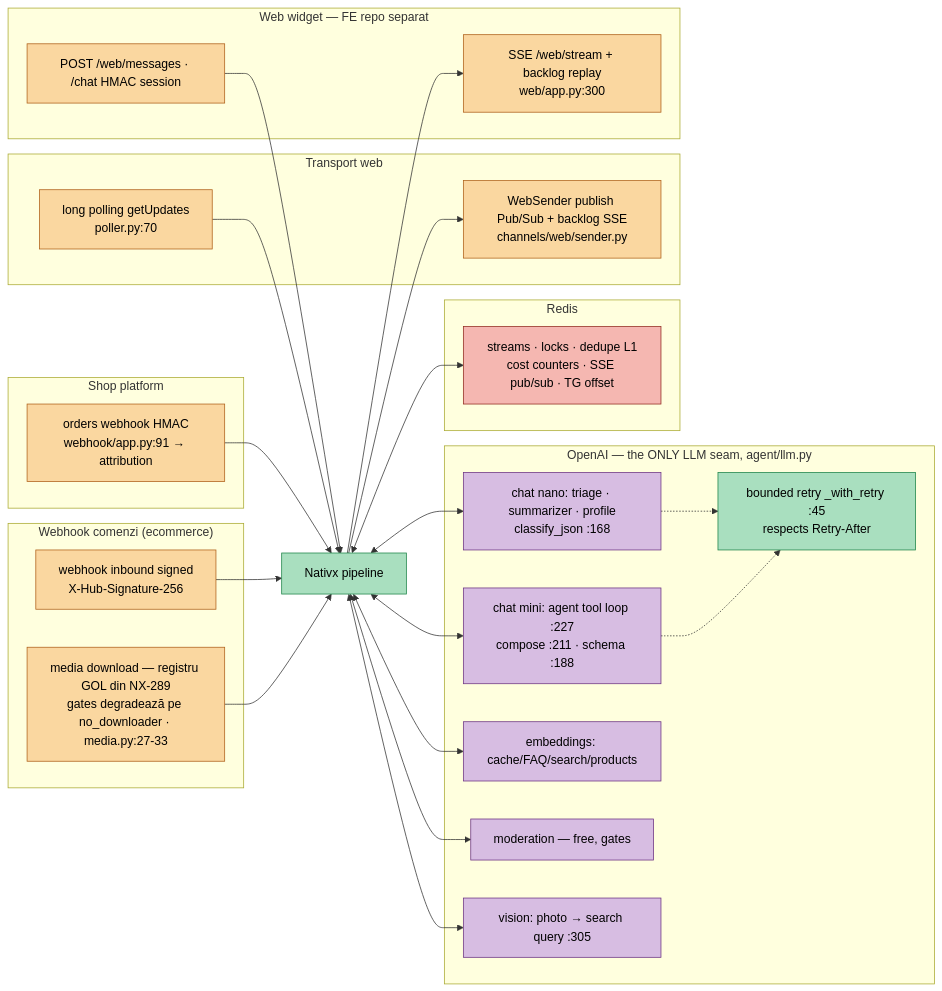
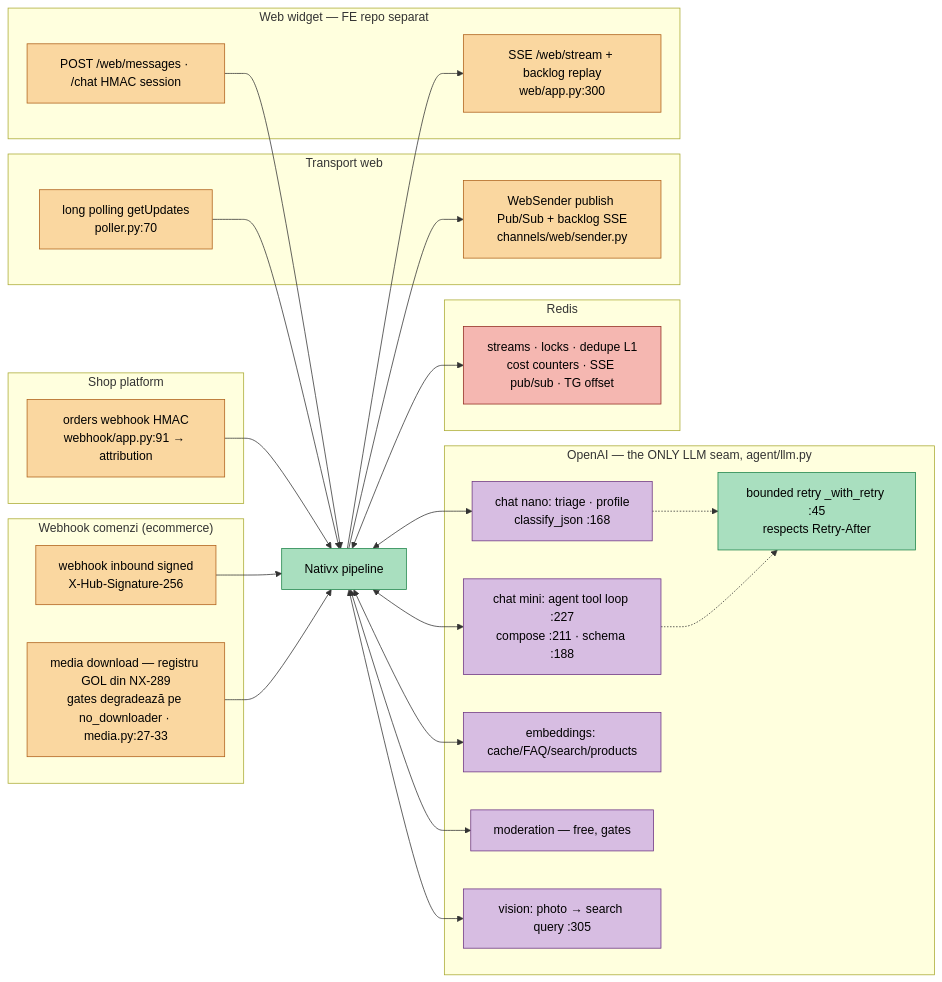
One commit to AdiBoaru/Sales-Ass changed the diagram in docs/diagrams/08-external-services-workflow.mmd. Above: the diagram before and after it, drawn with Mermaid. The commit also changed 47 other files, not shown here.

```diff
--- a/docs/diagrams/08-external-services-workflow.mmd
+++ b/docs/diagrams/08-external-services-workflow.mmd
@@ -1,59 +1,59 @@
 %% GENERAT din docs/ARCHITECTURE-WORKFLOWS.md — nu edita doar aici.
 %% Regenerare: python scripts/export_diagrams.py
 %% Editare vizuală: https://mermaid.live (paste tot fișierul)
 %% Diagram 8 — External Services Workflow
 flowchart LR
   classDef sys fill:#a9dfbf,stroke:#1e8449,color:#000
   classDef ext fill:#fad7a0,stroke:#af601a,color:#000
   classDef llm fill:#d7bde2,stroke:#6c3483,color:#000
   classDef q fill:#f5b7b1,stroke:#922b21,color:#000
 
   subgraph OpenAI["OpenAI — the ONLY LLM seam, agent/llm.py"]
-    NANO["chat nano: triage · summarizer · profile<br/>classify_json :168"]:::llm
+    NANO["chat nano: triage · profile<br/>classify_json :168"]:::llm
     MINI["chat mini: agent tool loop :227<br/>compose :211 · schema :188"]:::llm
     EMBD["embeddings: cache/FAQ/search/products"]:::llm
     MOD["moderation — free, gates"]:::llm
     VISN["vision: photo → search query :305"]:::llm
     RTY["bounded retry _with_retry :45<br/>respects Retry-After"]:::sys
   end
 
   subgraph Commerce["Webhook comenzi (ecommerce)"]
     MIN["webhook inbound signed<br/>X-Hub-Signature-256"]:::ext
     MMED["media download — registru GOL din NX-289<br/>gates degradează pe no_downloader · media.py:27-33"]:::ext
   end
 
   subgraph WebOut["Transport web"]
     TIN["long polling getUpdates<br/>poller.py:70"]:::ext
     TOUT["WebSender publish Pub/Sub + backlog SSE<br/>channels/web/sender.py"]:::ext
   end
 
   subgraph Web["Web widget — FE repo separat"]
     WIN["POST /web/messages · /chat HMAC session"]:::ext
     WOUT2["SSE /web/stream + backlog replay<br/>web/app.py:300"]:::ext
   end
 
   subgraph Shop["Shop platform"]
     OIN["orders webhook HMAC<br/>webhook/app.py:91 → attribution"]:::ext
   end
 
   subgraph RedisSvc["Redis"]
     RS["streams · locks · dedupe L1<br/>cost counters · SSE pub/sub · TG offset"]:::q
   end
 
   SYS["Nativx pipeline"]:::sys
 
   MIN --> SYS
   TIN --> SYS
   WIN --> SYS
   OIN --> SYS
   MMED --> SYS
   SYS --> TOUT
   SYS --> WOUT2
   SYS <--> RS
   SYS <--> NANO
   SYS <--> MINI
   SYS <--> EMBD
   SYS <--> MOD
   SYS <--> VISN
   NANO -.-> RTY
   MINI -.-> RTY
```
